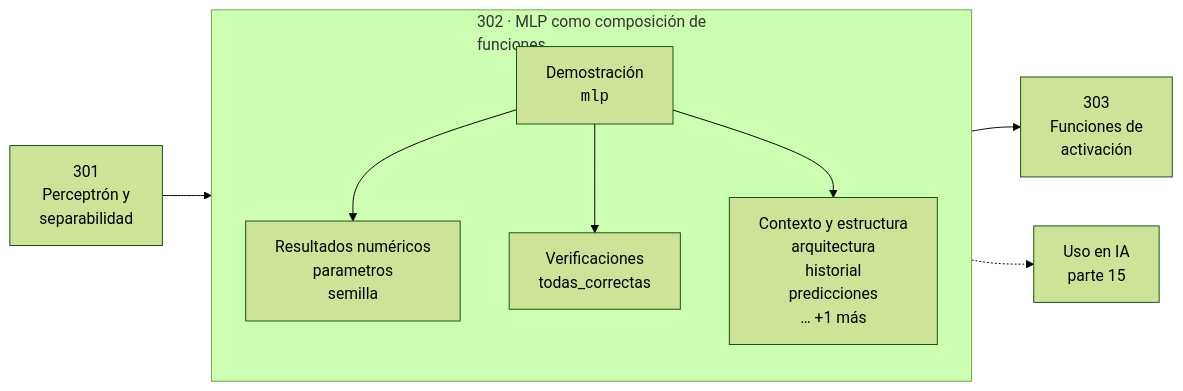
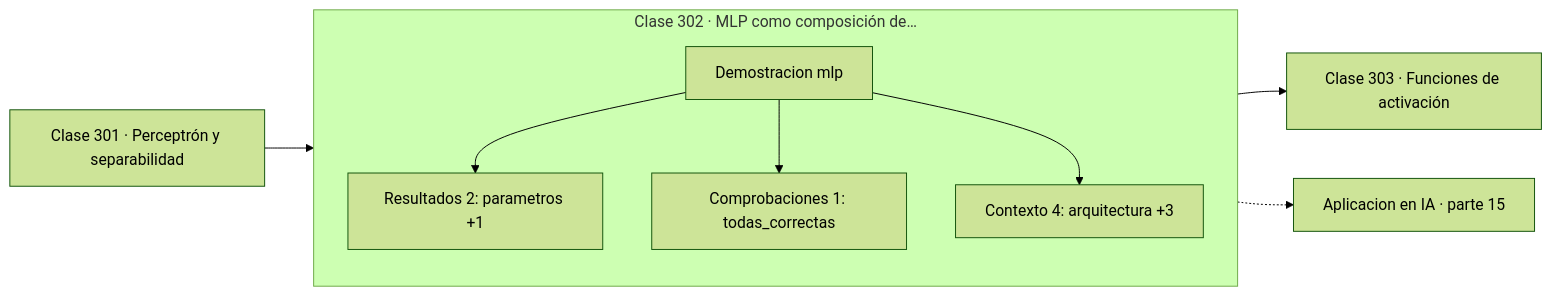
Before and after one commit to vladimiracunadev-create/computational-mathematics-program: the diagram in classes/part-15-matematica-de-deep-learning/302-mlp-como-composicion-de-funciones/README.md, drawn with Mermaid (forest theme). The commit also changed 389 other files, not shown here.

First line of the commit message:
fix(diagramas): elimina el HTML de las etiquetas Mermaid

````diff
--- a/classes/part-15-matematica-de-deep-learning/302-mlp-como-composicion-de-funciones/README.md
+++ b/classes/part-15-matematica-de-deep-learning/302-mlp-como-composicion-de-funciones/README.md
@@ -30,12 +30,13 @@
 ```mermaid
 flowchart LR
-    P["301<br/>Perceptrón y<br/>separabilidad"] --> C
-    subgraph C["302 · MLP como composición de<br/>funciones"]
+    P["Clase 301 · Perceptrón y separabilidad"] --> D
+    subgraph CLASE["Clase 302 · MLP como composición de…"]
         direction TB
-        D["Demostración<br/><code>mlp</code>"] --> R["Resultados numéricos<br/>parametros<br/>semilla"]
-        D --> V["Verificaciones<br/>todas_correctas"]
-        D --> O["Contexto y estructura<br/>arquitectura<br/>historial<br/>predicciones<br/>… +1 más"]
+        D["Demostracion mlp"]
+        D --> R["Resultados 2: parametros +1"]
+        D --> V["Comprobaciones 1: todas_correctas"]
+        D --> O["Contexto 4: arquitectura +3"]
     end
-    C --> N["303<br/>Funciones de<br/>activación"]
-    C -.-> IA["Uso en IA<br/>parte 15"]
+    R --> N["Clase 303 · Funciones de activación"]
+    V -.-> IA["Aplicacion en IA · parte 15"]
 ```
````
